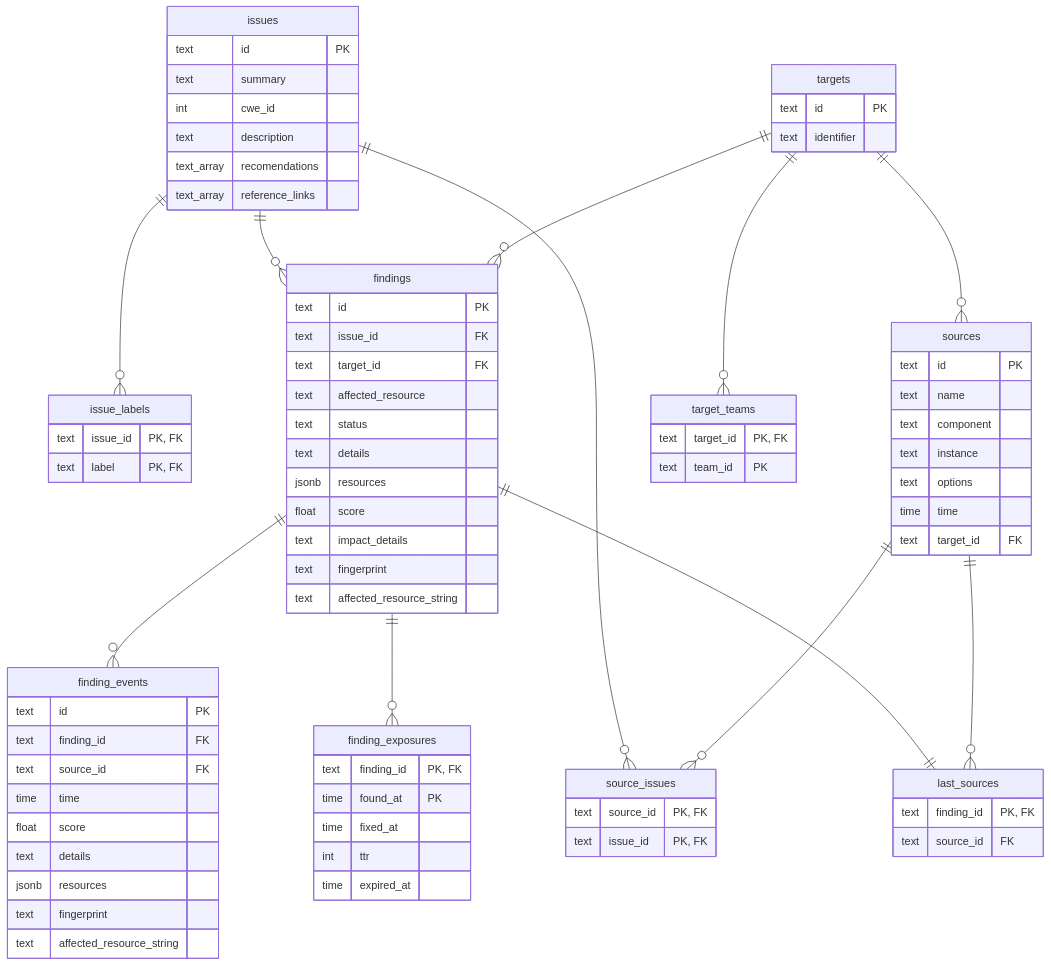
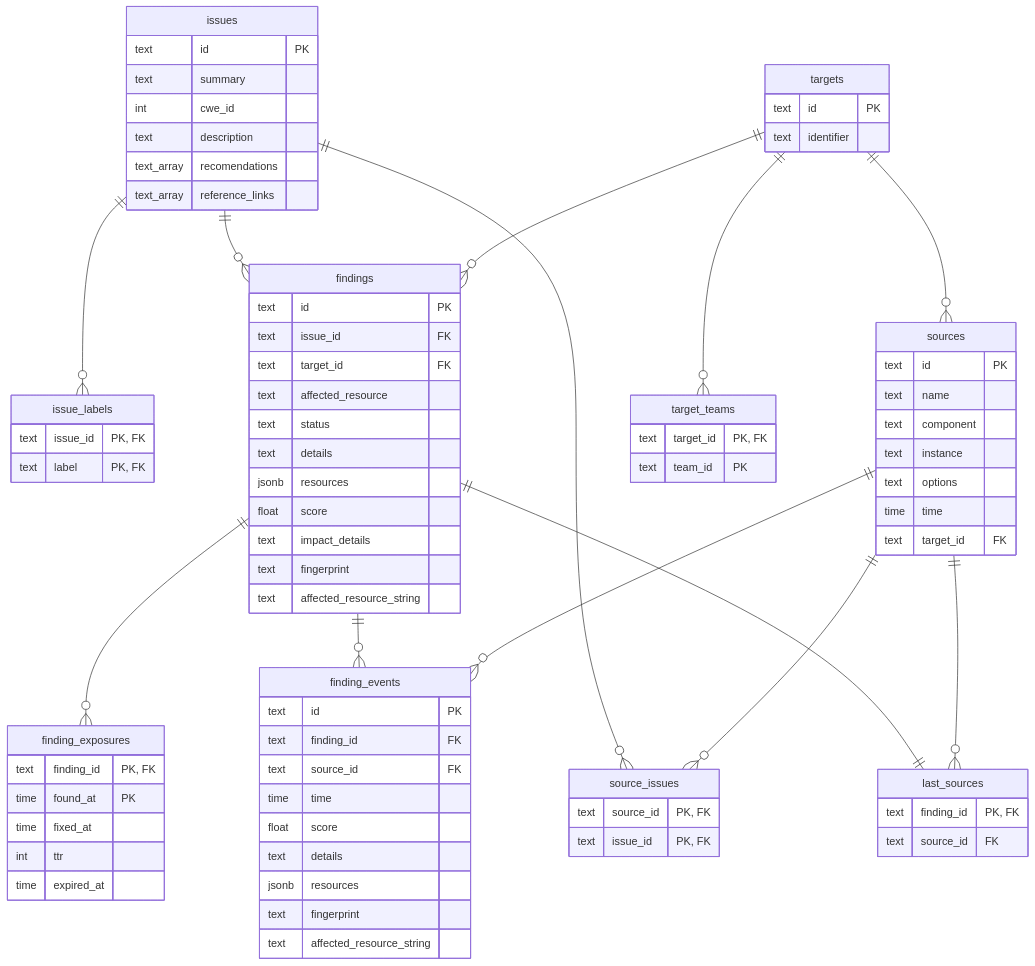
Before and after one commit to adevinta/vulcan-docs: the first of 3 diagrams in docs/data-models.md, drawn with Mermaid.

Commit message:
Update data-models.md (#9)

```diff
--- a/docs/data-models.md
+++ b/docs/data-models.md
@@ -80,6 +80,7 @@
     targets ||--o{ target_teams : ""
     targets ||--o{ findings : ""
     targets ||--o{ sources : ""
+    sources ||--o{ finding_events : ""
     sources ||--o{ source_issues : ""
     sources ||--o{ last_sources : ""
     issues ||--o{ source_issues : ""
```
